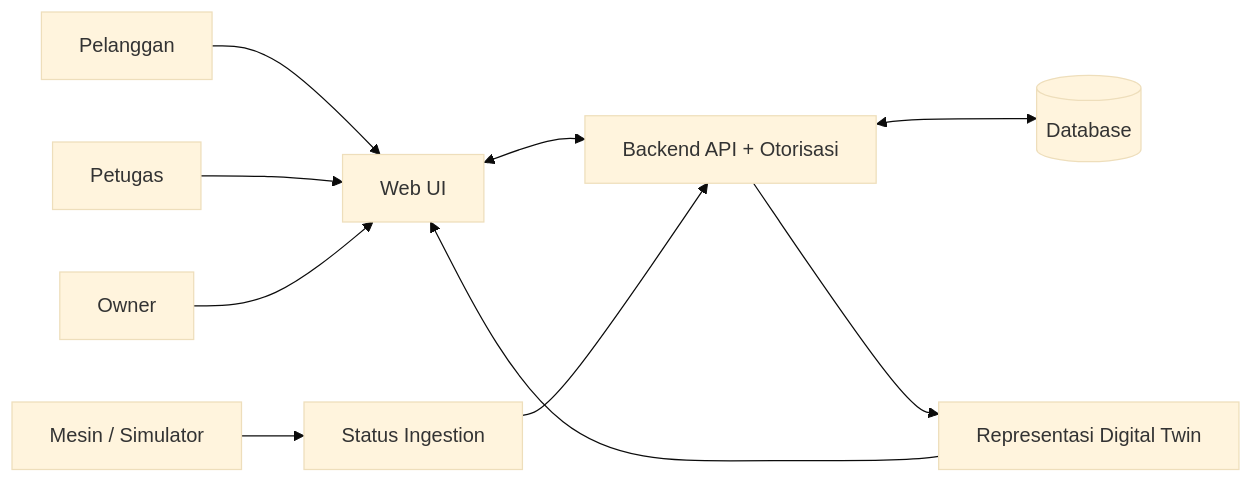
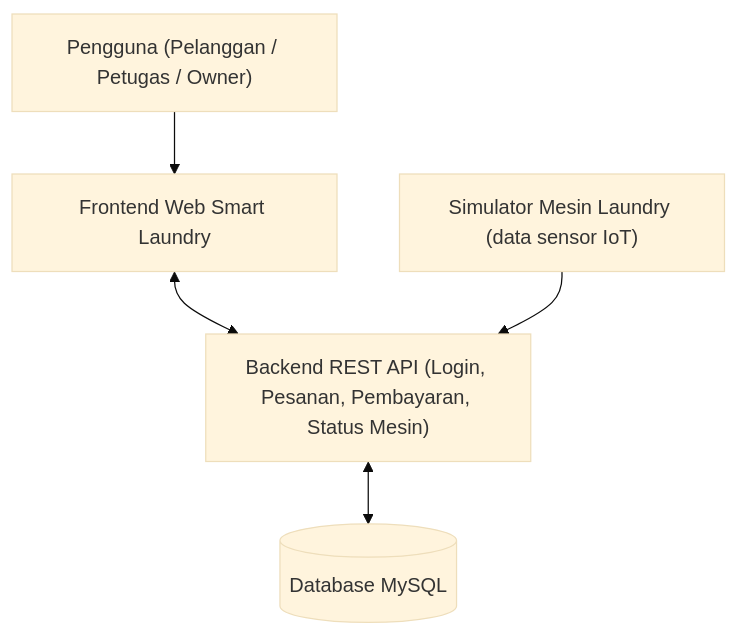
One commit to RPLUNIT032026/Smart-Laundry-AKT25 changed the second of 4 diagrams in Sprint 1/designdanarsiktektur.md. Above: the diagram before and after it, drawn with Mermaid (base theme). The commit also changed other lines of this file, not shown here.

First line of the commit message:
Revise design and architecture for Smart Laundry

````diff
--- a/Sprint 1/designdanarsiktektur.md
+++ b/Sprint 1/designdanarsiktektur.md
@@ -7,12 +82,14 @@
 ```mermaid
-flowchart LR
-  P[Pelanggan] --> W[Web UI]
-  T[Petugas] --> W
-  O[Owner] --> W
-  W <--> API[Backend API + Otorisasi]
-  API <--> DB[(Database)]
-  M[Mesin / Simulator] --> ING[Status Ingestion]
-  ING --> API
-  API --> DT[Representasi Digital Twin]
-  DT --> W
+flowchart TD
+
+    USER["Pengguna (Pelanggan / Petugas / Owner)"]
+    UI["Frontend Web Smart Laundry"]
+    API["Backend REST API (Login, Pesanan, Pembayaran, Status Mesin)"]
+    DB[("Database MySQL")]
+    SIM["Simulator Mesin Laundry (data sensor IoT)"]
+
+    USER --> UI
+    UI <--> API
+    API <--> DB
+    SIM --> API
 ```
````
